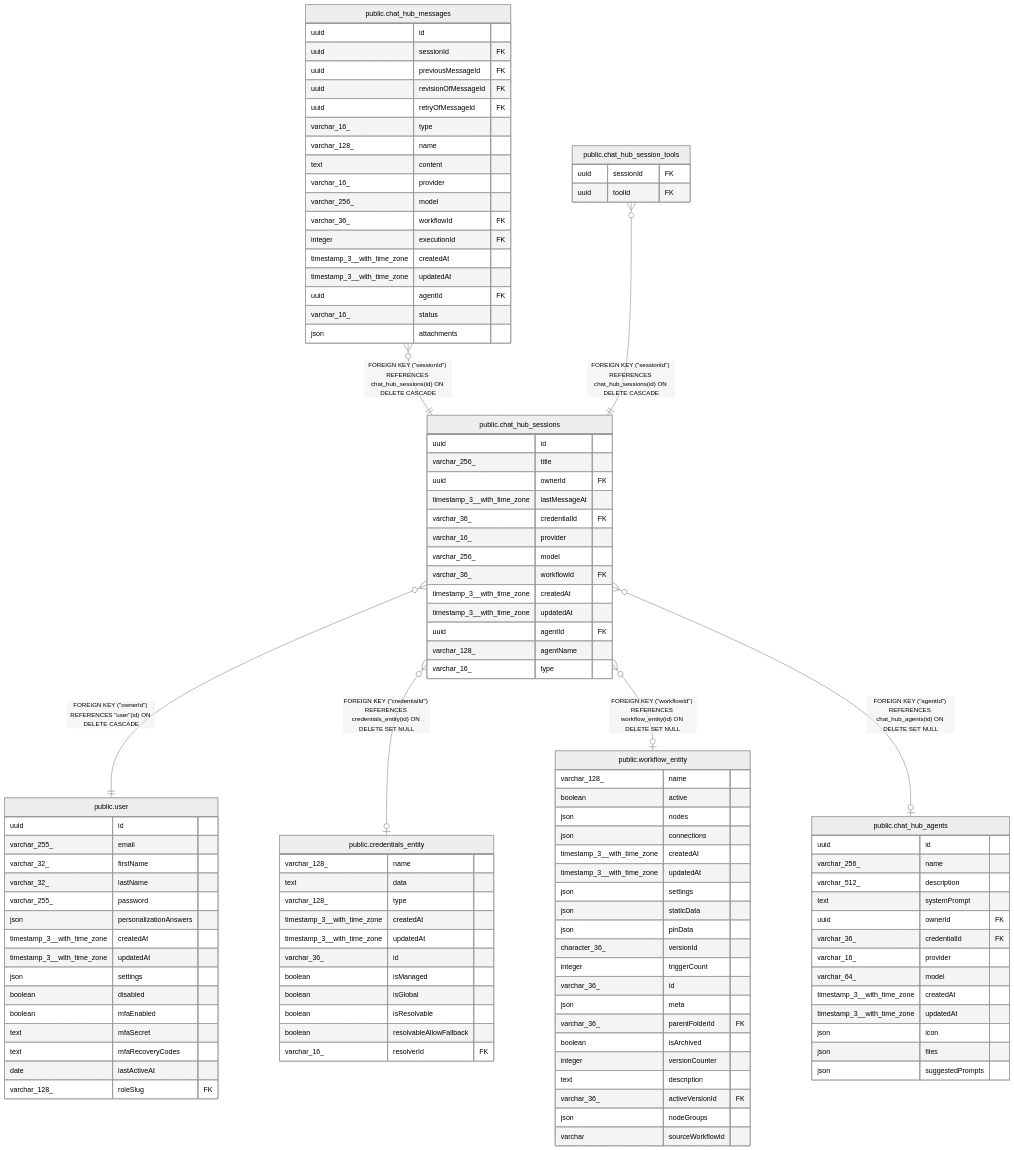
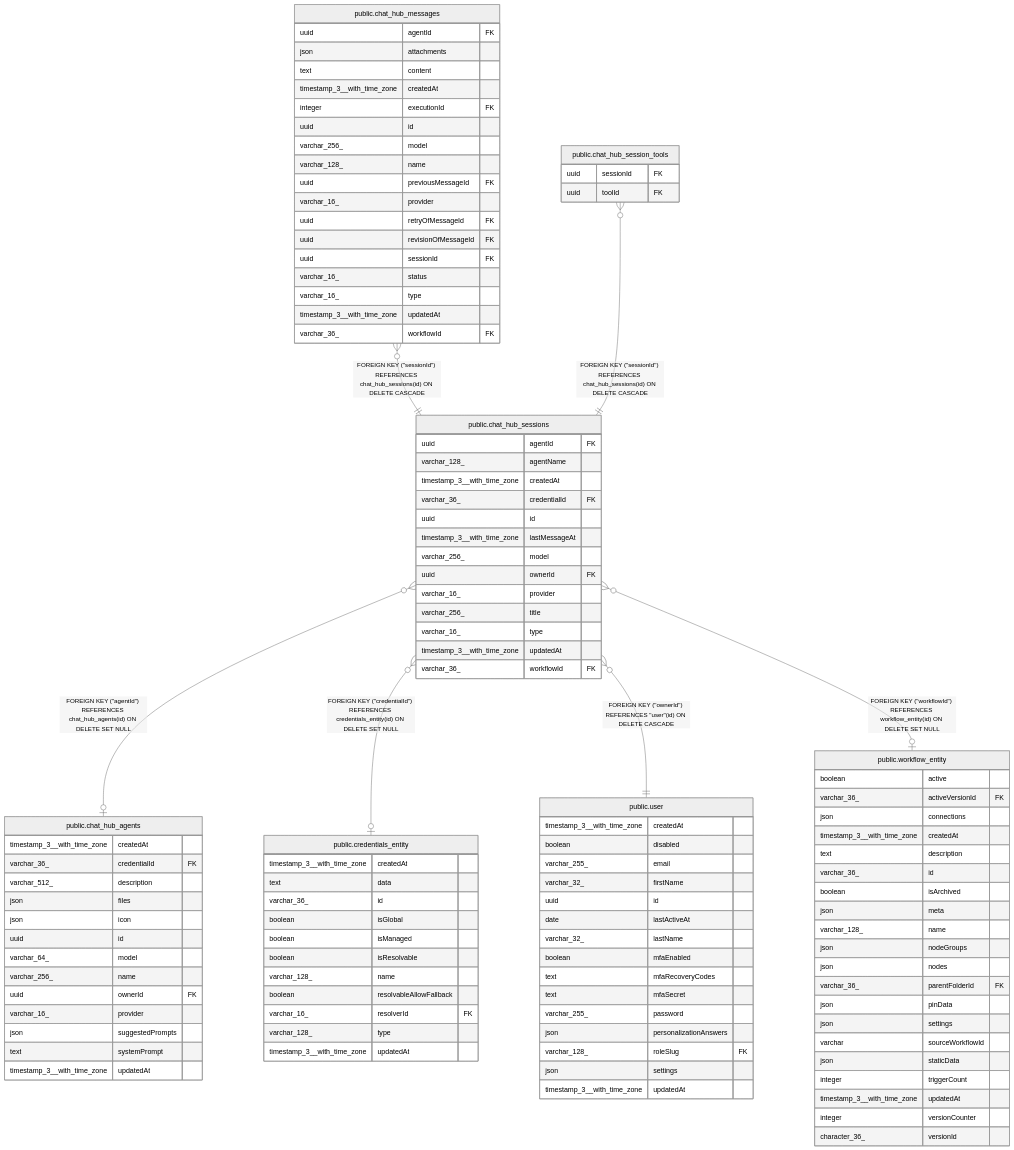
Before and after one commit to mayankjain1815-commits/n8n: the diagram in docs/generated/postgres-schema/public.chat_hub_sessions.md, drawn with Mermaid (neutral theme). The commit also changed other lines of this file and 221 other files, not shown here.

Commit message:
chore(core): Make DB schema docs generation deterministic (#32373)

````diff
--- a/docs/generated/postgres-schema/public.chat_hub_sessions.md
+++ b/docs/generated/postgres-schema/public.chat_hub_sessions.md
@@ -48,116 +48,116 @@
 ```mermaid
 erDiagram
 
+"public.chat_hub_sessions" }o--o| "public.chat_hub_agents" : "FOREIGN KEY (#quot;agentId#quot;) REFERENCES chat_hub_agents(id) ON DELETE SET NULL"
+"public.chat_hub_sessions" }o--o| "public.credentials_entity" : "FOREIGN KEY (#quot;credentialId#quot;) REFERENCES credentials_entity(id) ON DELETE SET NULL"
 "public.chat_hub_messages" }o--|| "public.chat_hub_sessions" : "FOREIGN KEY (#quot;sessionId#quot;) REFERENCES chat_hub_sessions(id) ON DELETE CASCADE"
 "public.chat_hub_session_tools" }o--|| "public.chat_hub_sessions" : "FOREIGN KEY (#quot;sessionId#quot;) REFERENCES chat_hub_sessions(id) ON DELETE CASCADE"
 "public.chat_hub_sessions" }o--|| "public.user" : "FOREIGN KEY (#quot;ownerId#quot;) REFERENCES #quot;user#quot;(id) ON DELETE CASCADE"
-"public.chat_hub_sessions" }o--o| "public.credentials_entity" : "FOREIGN KEY (#quot;credentialId#quot;) REFERENCES credentials_entity(id) ON DELETE SET NULL"
 "public.chat_hub_sessions" }o--o| "public.workflow_entity" : "FOREIGN KEY (#quot;workflowId#quot;) REFERENCES workflow_entity(id) ON DELETE SET NULL"
-"public.chat_hub_sessions" }o--o| "public.chat_hub_agents" : "FOREIGN KEY (#quot;agentId#quot;) REFERENCES chat_hub_agents(id) ON DELETE SET NULL"
 
 "public.chat_hub_sessions" {
-  uuid id
-  varchar_256_ title
-  uuid ownerId FK
-  timestamp_3__with_time_zone lastMessageAt
-  varchar_36_ credentialId FK
-  varchar_16_ provider
-  varchar_256_ model
-  varchar_36_ workflowId FK
-  timestamp_3__with_time_zone createdAt
-  timestamp_3__with_time_zone updatedAt
   uuid agentId FK
   varchar_128_ agentName
+  timestamp_3__with_time_zone createdAt
+  varchar_36_ credentialId FK
+  uuid id
+  timestamp_3__with_time_zone lastMessageAt
+  varchar_256_ model
+  uuid ownerId FK
+  varchar_16_ provider
+  varchar_256_ title
   varchar_16_ type
+  timestamp_3__with_time_zone updatedAt
+  varchar_36_ workflowId FK
+}
+"public.chat_hub_agents" {
+  timestamp_3__with_time_zone createdAt
+  varchar_36_ credentialId FK
+  varchar_512_ description
+  json files
+  json icon
+  uuid id
+  varchar_64_ model
+  varchar_256_ name
+  uuid ownerId FK
+  varchar_16_ provider
+  json suggestedPrompts
+  text systemPrompt
+  timestamp_3__with_time_zone updatedAt
+}
+"public.credentials_entity" {
+  timestamp_3__with_time_zone createdAt
+  text data
+  varchar_36_ id
+  boolean isGlobal
+  boolean isManaged
+  boolean isResolvable
+  varchar_128_ name
+  boolean resolvableAllowFallback
+  varchar_16_ resolverId FK
+  varchar_128_ type
+  timestamp_3__with_time_zone updatedAt
 }
 "public.chat_hub_messages" {
+  uuid agentId FK
+  json attachments
+  text content
+  timestamp_3__with_time_zone createdAt
+  integer executionId FK
   uuid id
+  varchar_256_ model
+  varchar_128_ name
+  uuid previousMessageId FK
+  varchar_16_ provider
+  uuid retryOfMessageId FK
+  uuid revisionOfMessageId FK
   uuid sessionId FK
-  uuid previousMessageId FK
-  uuid revisionOfMessageId FK
-  uuid retryOfMessageId FK
+  varchar_16_ status
   varchar_16_ type
-  varchar_128_ name
-  text content
-  varchar_16_ provider
-  varchar_256_ model
+  timestamp_3__with_time_zone updatedAt
   varchar_36_ workflowId FK
-  integer executionId FK
-  timestamp_3__with_time_zone createdAt
-  timestamp_3__with_time_zone updatedAt
-  uuid agentId FK
-  varchar_16_ status
-  json attachments
 }
 "public.chat_hub_session_tools" {
   uuid sessionId FK
   uuid toolId FK
 }
 "public.user" {
-  uuid id
+  timestamp_3__with_time_zone createdAt
+  boolean disabled
   varchar_255_ email
   varchar_32_ firstName
+  uuid id
+  date lastActiveAt
   varchar_32_ lastName
+  boolean mfaEnabled
+  text mfaRecoveryCodes
+  text mfaSecret
   varchar_255_ password
   json personalizationAnswers
-  timestamp_3__with_time_zone createdAt
+  varchar_128_ roleSlug FK
+  json settings
   timestamp_3__with_time_zone updatedAt
-  json settings
-  boolean disabled
-  boolean mfaEnabled
-  text mfaSecret
-  text mfaRecoveryCodes
-  date lastActiveAt
-  varchar_128_ roleSlug FK
-}
-"public.credentials_entity" {
-  varchar_128_ name
-  text data
-  varchar_128_ type
-  timestamp_3__with_time_zone createdAt
-  timestamp_3__with_time_zone updatedAt
-  varchar_36_ id
-  boolean isManaged
-  boolean isGlobal
-  boolean isResolvable
-  boolean resolvableAllowFallback
-  varchar_16_ resolverId FK
 }
 "public.workflow_entity" {
-  varchar_128_ name
   boolean active
-  json nodes
+  varchar_36_ activeVersionId FK
   json connections
   timestamp_3__with_time_zone createdAt
+  text description
+  varchar_36_ id
+  boolean isArchived
+  json meta
+  varchar_128_ name
+  json nodeGroups
+  json nodes
+  varchar_36_ parentFolderId FK
+  json pinData
+  json settings
+  varchar sourceWorkflowId
+  json staticData
+  integer triggerCount
   timestamp_3__with_time_zone updatedAt
-  json settings
-  json staticData
-  json pinData
+  integer versionCounter
   character_36_ versionId
-  integer triggerCount
-  varchar_36_ id
-  json meta
-  varchar_36_ parentFolderId FK
-  boolean isArchived
-  integer versionCounter
-  text description
-  varchar_36_ activeVersionId FK
-  json nodeGroups
-  varchar sourceWorkflowId
-}
-"public.chat_hub_agents" {
-  uuid id
-  varchar_256_ name
-  varchar_512_ description
-  text systemPrompt
-  uuid ownerId FK
-  varchar_36_ credentialId FK
-  varchar_16_ provider
-  varchar_64_ model
-  timestamp_3__with_time_zone createdAt
-  timestamp_3__with_time_zone updatedAt
-  json icon
-  json files
-  json suggestedPrompts
 }
 ```
````
